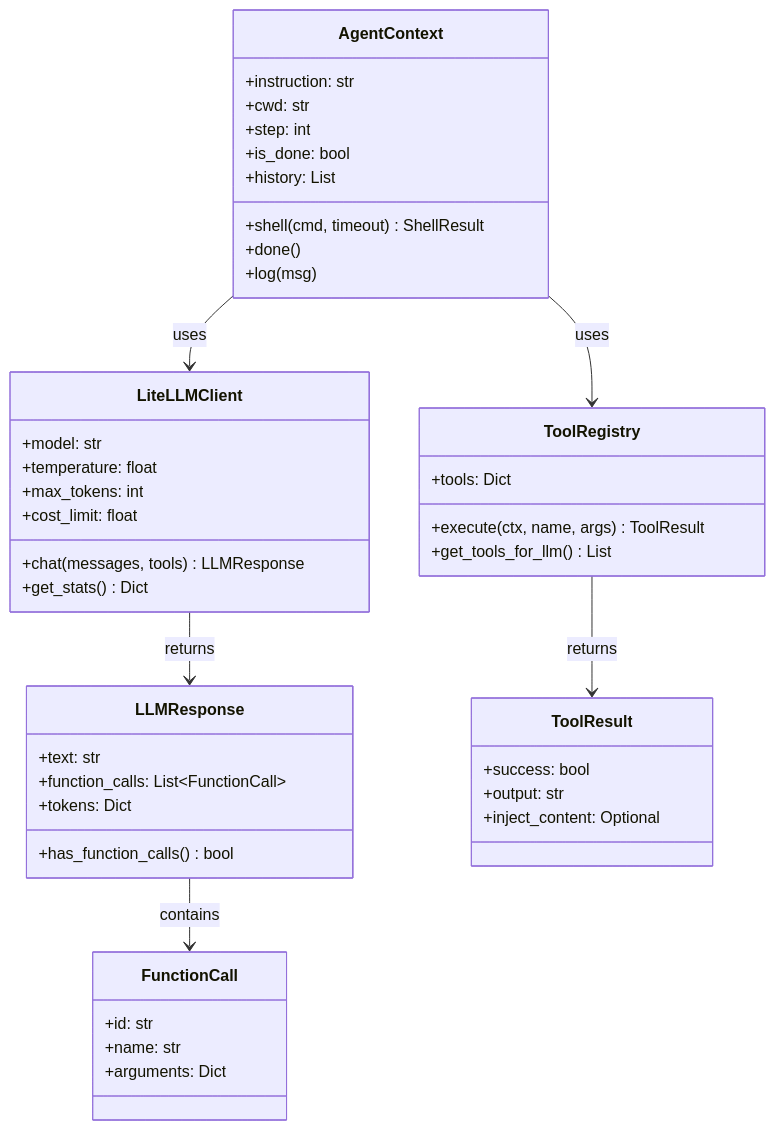
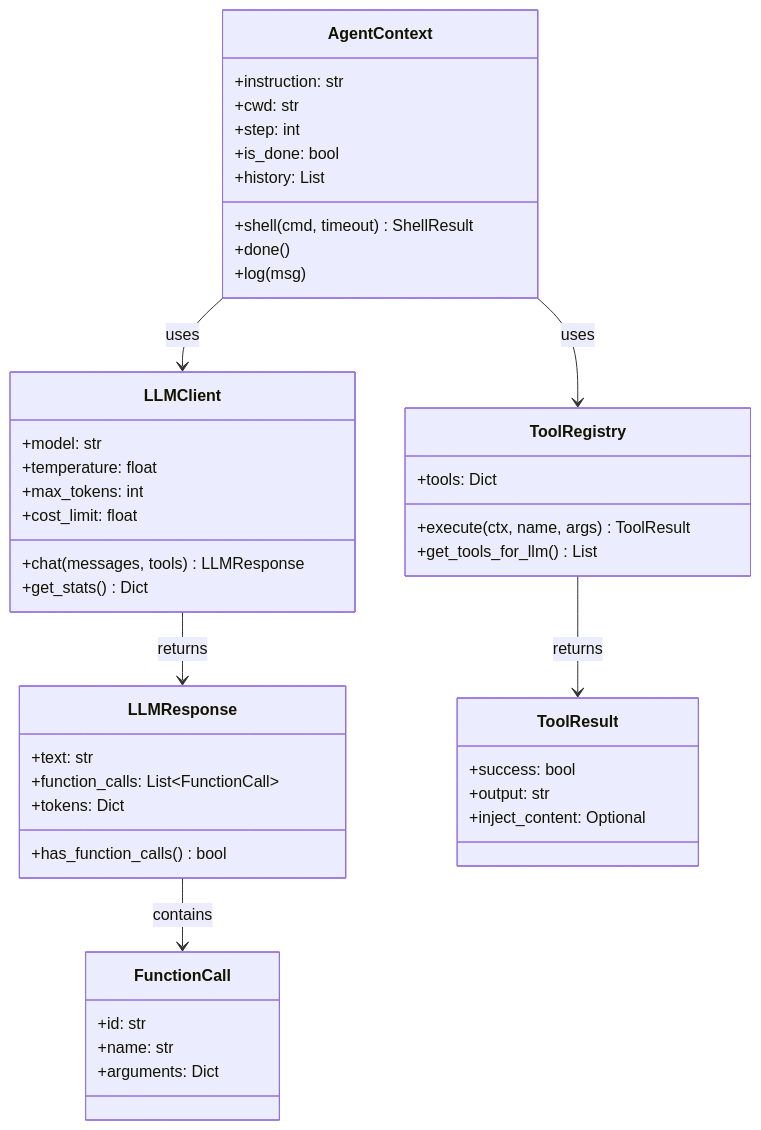
Before and after one commit to BaseIntelligence/baseagent: the second of 8 diagrams in docs/architecture.md, drawn with Mermaid. The commit also changed other lines of this file and 9 other files, not shown here.

````diff
--- a/docs/architecture.md
+++ b/docs/architecture.md
@@ -61,53 +61,53 @@
 ```mermaid
 classDiagram
     class AgentContext {
         +instruction: str
         +cwd: str
         +step: int
         +is_done: bool
         +history: List
         +shell(cmd, timeout) ShellResult
         +done()
         +log(msg)
     }
     
-    class LiteLLMClient {
+    class LLMClient {
         +model: str
         +temperature: float
         +max_tokens: int
         +cost_limit: float
         +chat(messages, tools) LLMResponse
         +get_stats() Dict
     }
     
     class LLMResponse {
         +text: str
         +function_calls: List~FunctionCall~
         +tokens: Dict
         +has_function_calls() bool
     }
     
     class FunctionCall {
         +id: str
         +name: str
         +arguments: Dict
     }
     
     class ToolRegistry {
         +tools: Dict
         +execute(ctx, name, args) ToolResult
         +get_tools_for_llm() List
     }
     
     class ToolResult {
         +success: bool
         +output: str
         +inject_content: Optional
     }
     
-    AgentContext --> LiteLLMClient : uses
-    LiteLLMClient --> LLMResponse : returns
+    AgentContext --> LLMClient : uses
+    LLMClient --> LLMResponse : returns
     LLMResponse --> FunctionCall : contains
     AgentContext --> ToolRegistry : uses
     ToolRegistry --> ToolResult : returns
 ```
````
